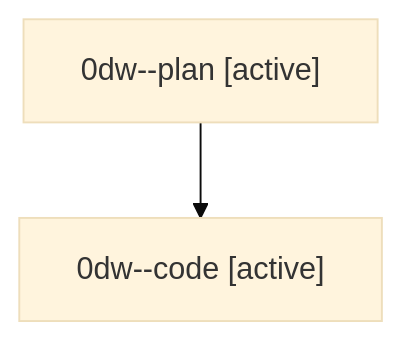
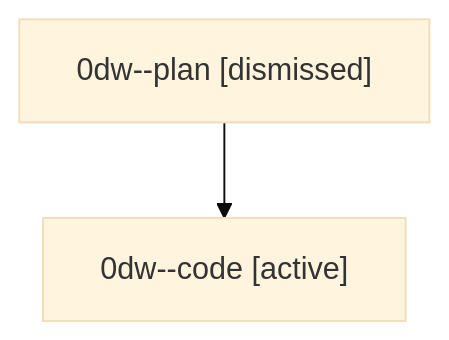
Before and after one commit to bobs-org/bob-cli--agents: the diagram in sessions/bbugyi200.athena.0dw.md, drawn with Mermaid (base theme). The commit also changed other lines of this file and 18 other files, not shown here.

````diff
--- a/sessions/bbugyi200.athena.0dw.md
+++ b/sessions/bbugyi200.athena.0dw.md
@@ -9,6 +9,6 @@
 ```mermaid
 flowchart TD
-  n0["0dw--plan [active]"]
+  n0["0dw--plan [dismissed]"]
   n1["0dw--code [active]"]
   n0 --> n1
 ```
````
